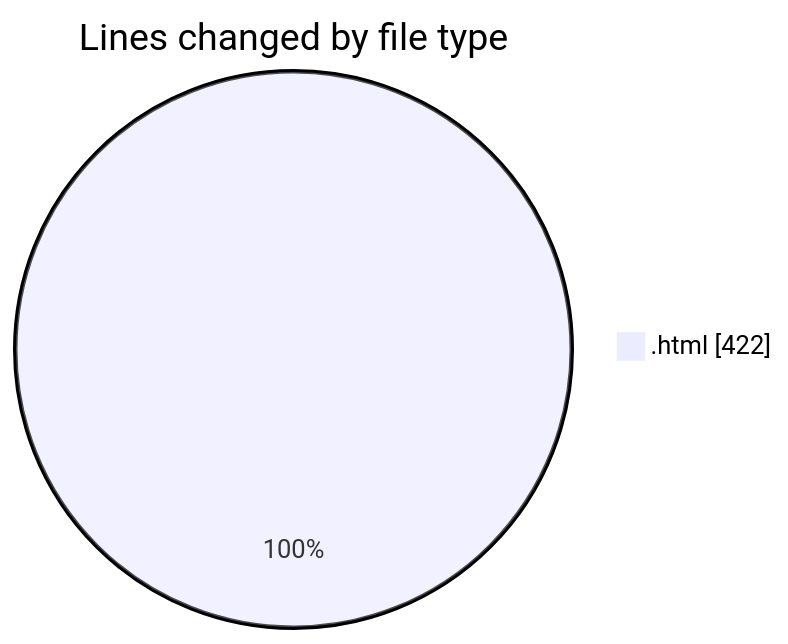
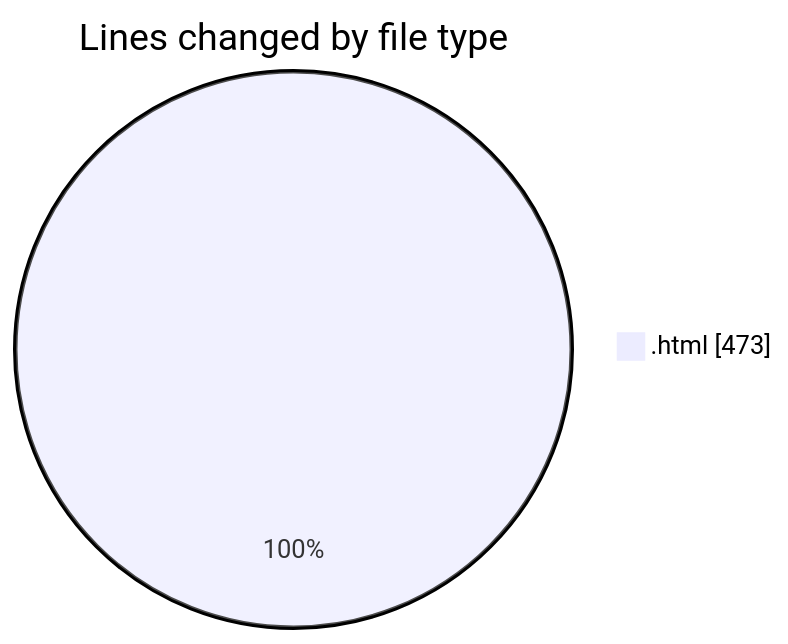
One commit to LanceThiago/code-tracking changed the first of 2 diagrams in 2025-01-07/nueva_carpeta/README.md. Above: the diagram before and after it, drawn with Mermaid. The commit also changed other lines of this file and 1 other file, not shown here.

````diff
--- a/2025-01-07/nueva_carpeta/README.md
+++ b/2025-01-07/nueva_carpeta/README.md
@@ -20,5 +20,5 @@
 ```mermaid
 pie showData
 title Lines changed by file type
-".html" : 422
+".html" : 473
 ```
````
